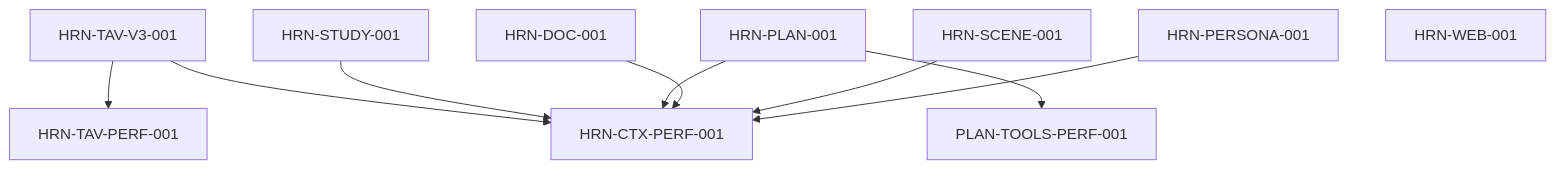
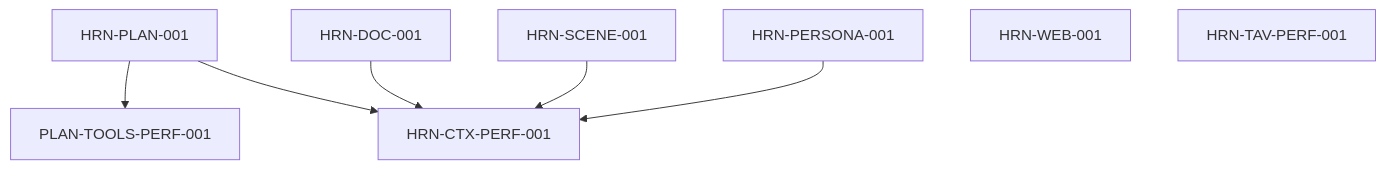
One commit to FrightenedFoxCN/vibe-learner changed the diagram in docs/harness-roadmap.md. Above: the diagram before and after it, drawn with Mermaid. The commit also changed other lines of this file and 57 other files, not shown here.

````diff
--- a/docs/harness-roadmap.md
+++ b/docs/harness-roadmap.md
@@ -95,16 +102,14 @@
 ```mermaid
 flowchart TD
-    TAV3[HRN-TAV-V3-001] --> TAV_PERF[HRN-TAV-PERF-001]
-    STUDY[HRN-STUDY-001]
     PLAN[HRN-PLAN-001] --> PLAN_PERF[PLAN-TOOLS-PERF-001]
     DOC[HRN-DOC-001]
     SCENE[HRN-SCENE-001]
     PERSONA[HRN-PERSONA-001]
     WEB[HRN-WEB-001]
-    TAV3 --> CTX_PERF[HRN-CTX-PERF-001]
-    STUDY --> CTX_PERF
+    TAV_PERF[HRN-TAV-PERF-001]
+    CTX_PERF[HRN-CTX-PERF-001]
     PLAN --> CTX_PERF
     DOC --> CTX_PERF
     SCENE --> CTX_PERF
     PERSONA --> CTX_PERF
 ```
````
